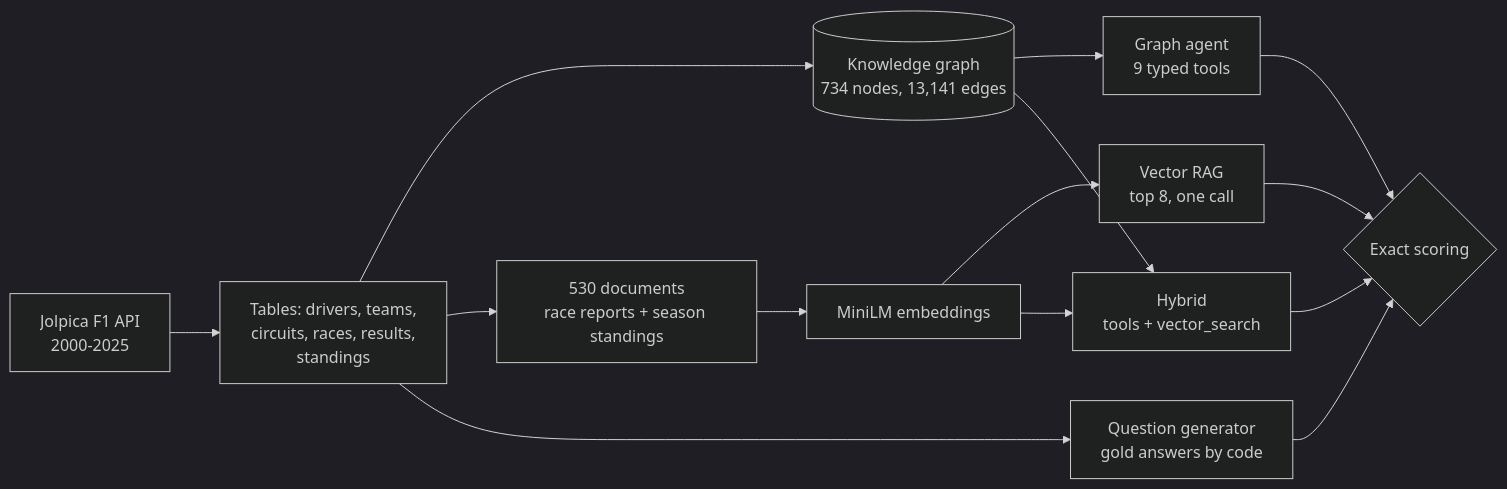
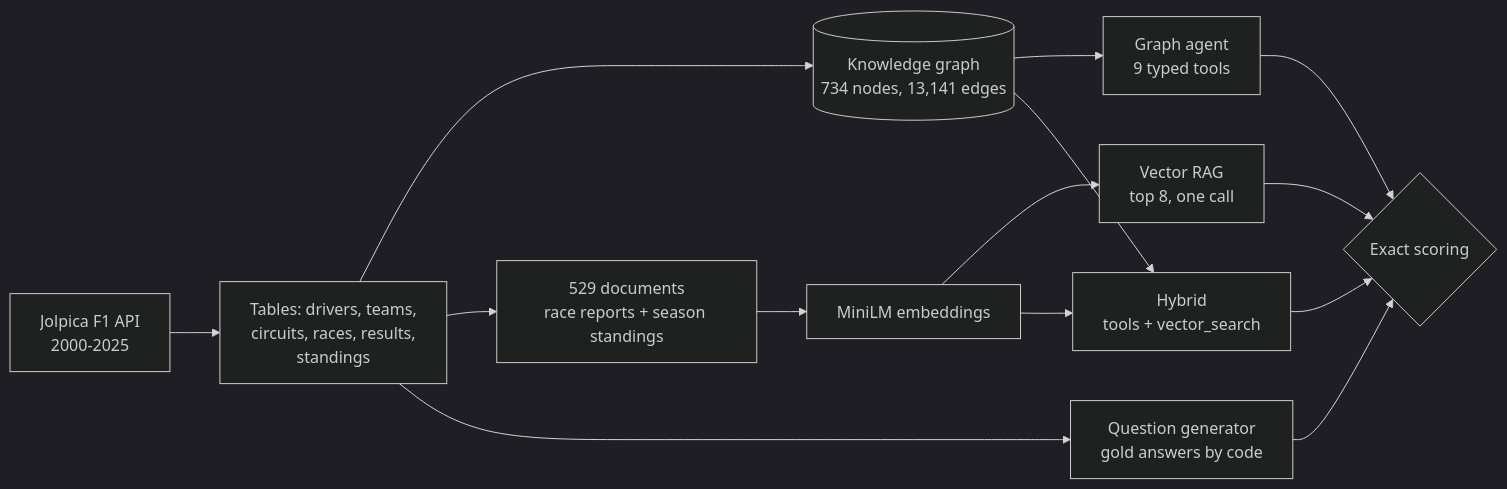
Before and after one commit to dojedaro/f1-graphrag: the diagram in README.md, drawn with Mermaid (dark theme). The commit also changed other lines of this file and 2 other files, not shown here.

````diff
--- a/README.md
+++ b/README.md
@@ -79,13 +96,13 @@
 ```mermaid
 flowchart LR
     API[Jolpica F1 API<br/>2000-2025] --> T[Tables: drivers, teams,<br/>circuits, races, results,<br/>standings]
     T --> G[(Knowledge graph<br/>734 nodes, 13,141 edges)]
-    T --> D[530 documents<br/>race reports + season standings]
+    T --> D[529 documents<br/>race reports + season standings]
     T --> Q[Question generator<br/>gold answers by code]
     D --> E[MiniLM embeddings] --> V[Vector RAG<br/>top 8, one call]
     G --> A[Graph agent<br/>9 typed tools]
     G --> H[Hybrid<br/>tools + vector_search]
     E --> H
     Q --> S{Exact scoring}
     V & A & H --> S
 ```
````
